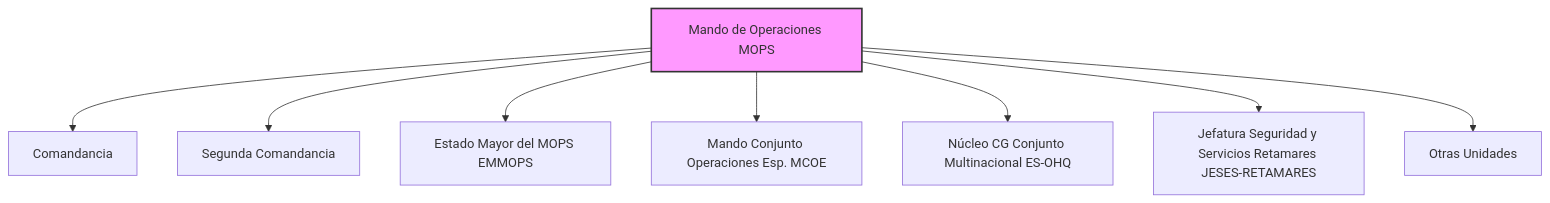
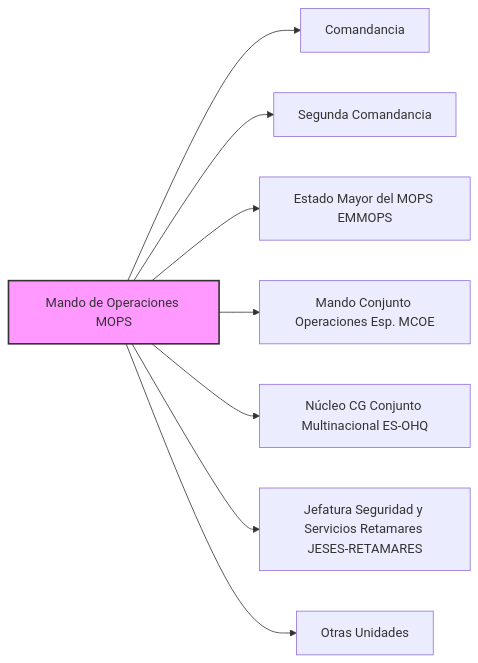
One commit to Arxon-dev/opomelilla changed the seventh of 14 diagrams in src/site/notes/OpoMelilla/BLOQUE 1/Tema 6. Estado Mayor de la Defensa.md. Above: the diagram before and after it, drawn with Mermaid.

Commit message:
Published multiple files

````diff
--- a/src/site/notes/OpoMelilla/BLOQUE 1/Tema 6. Estado Mayor de la Defensa.md
+++ b/src/site/notes/OpoMelilla/BLOQUE 1/Tema 6. Estado Mayor de la Defensa.md
@@ -331,11 +331,11 @@
 ```mermaid
-flowchart TD
+graph LR
     A[Mando de Operaciones MOPS] --> B[Comandancia]
     A --> C[Segunda Comandancia]
     A --> D[Estado Mayor del MOPS EMMOPS]
     A --> E[Mando Conjunto Operaciones Esp. MCOE]
     A --> F[Núcleo CG Conjunto Multinacional ES-OHQ]
     A --> G[Jefatura Seguridad y Servicios Retamares JESES-RETAMARES]
     A --> H[Otras Unidades]
     style A fill:#f9f,stroke:#333,stroke-width:2px
 ```
````
